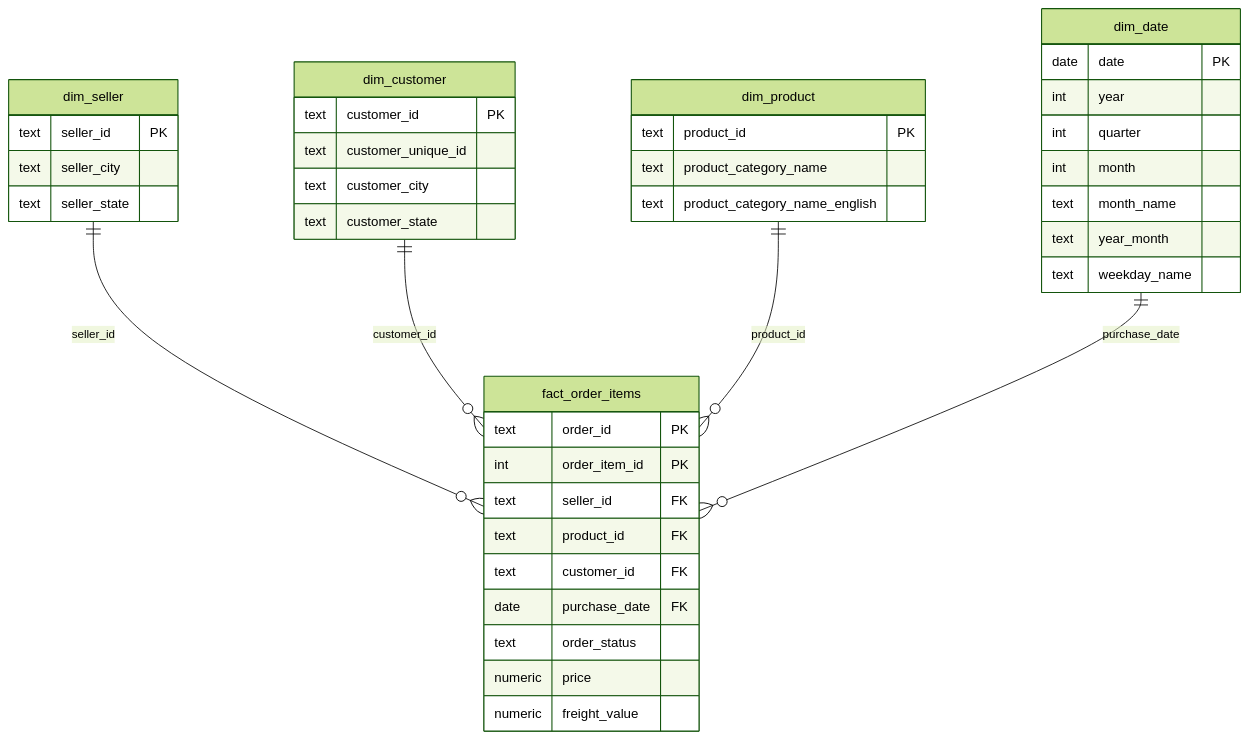
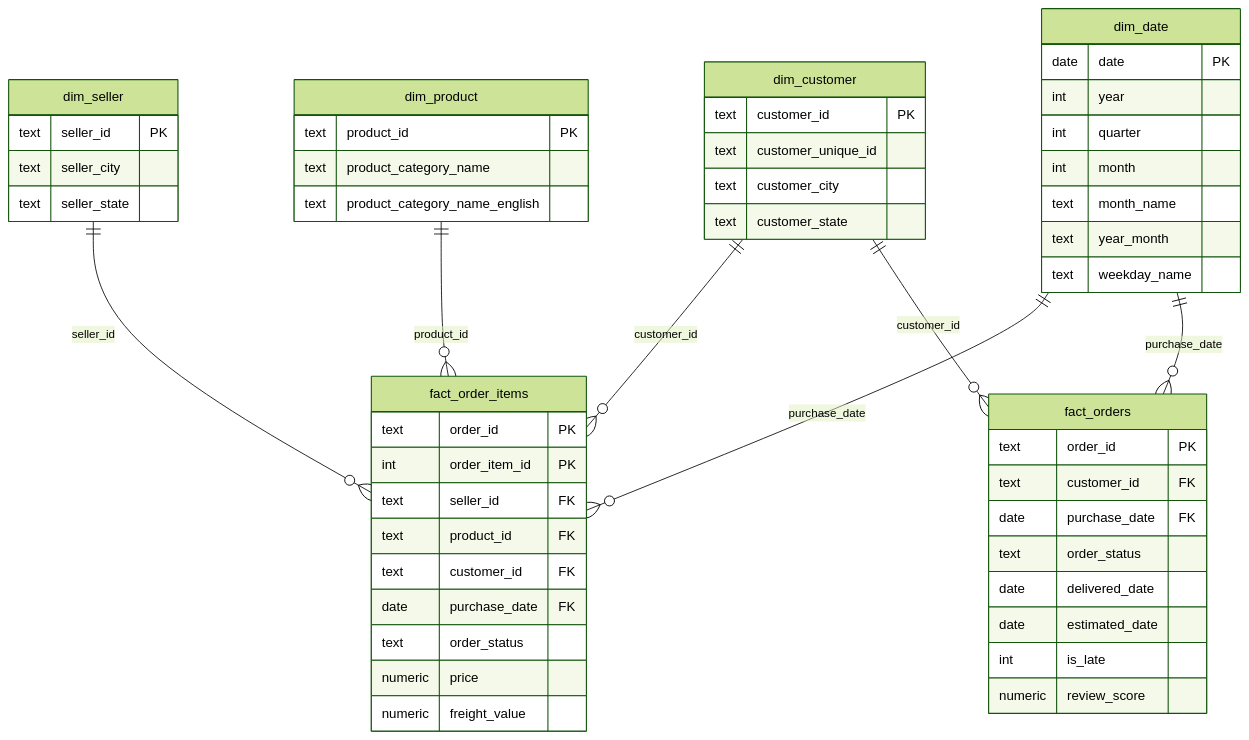
The diagram in README.md (aubakirutenov/ecommerce_portfolio), drawn with Mermaid (forest theme) before and after one commit. The commit also changed other lines of this file, not shown here.

Commit message:
Add question 4 finding and order-level fact to data model

````diff
--- a/README.md
+++ b/README.md
@@ -51,48 +51,61 @@
 ```mermaid
 erDiagram
     dim_seller ||--o{ fact_order_items : "seller_id"
 
     dim_seller {
         text seller_id PK
         text seller_city
         text seller_state
     }
 
     dim_customer ||--o{ fact_order_items : "customer_id"
     dim_customer {
         text customer_id PK
         text customer_unique_id
         text customer_city
         text customer_state
     }
 
     dim_product ||--o{ fact_order_items : "product_id"
     dim_product {
         text product_id PK
         text product_category_name
         text product_category_name_english
     }
 
     dim_date ||--o{ fact_order_items : "purchase_date"
     dim_date {
         date date PK
         int year
         int quarter
         int month
         text month_name
         text year_month
         text weekday_name
     }
 
     fact_order_items {
         text order_id PK
         int order_item_id PK
         text seller_id FK
         text product_id FK
         text customer_id FK
         date purchase_date FK
         text order_status
         numeric price
         numeric freight_value
     }
+
+   dim_customer ||--o{ fact_orders : "customer_id"
+   dim_date ||--o{ fact_orders : "purchase_date"
+   fact_orders {
+       text order_id PK
+       text customer_id FK
+       date purchase_date FK
+       text order_status
+       date delivered_date
+       date estimated_date
+       int is_late
+       numeric review_score
+   }
 ```
````
